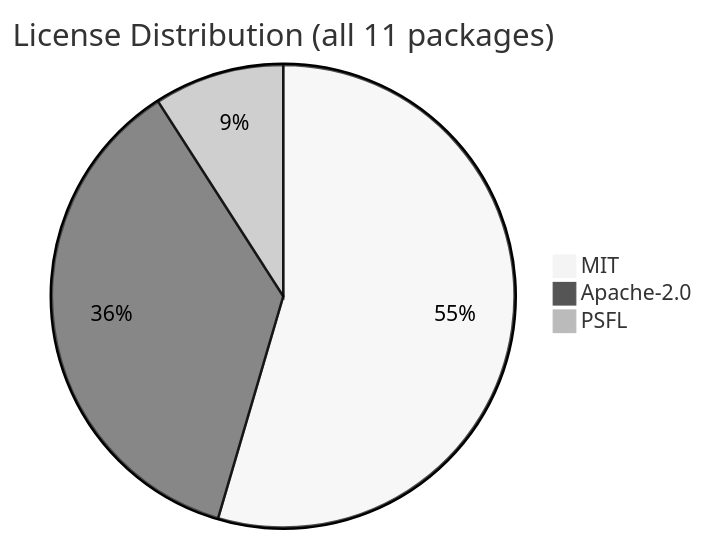
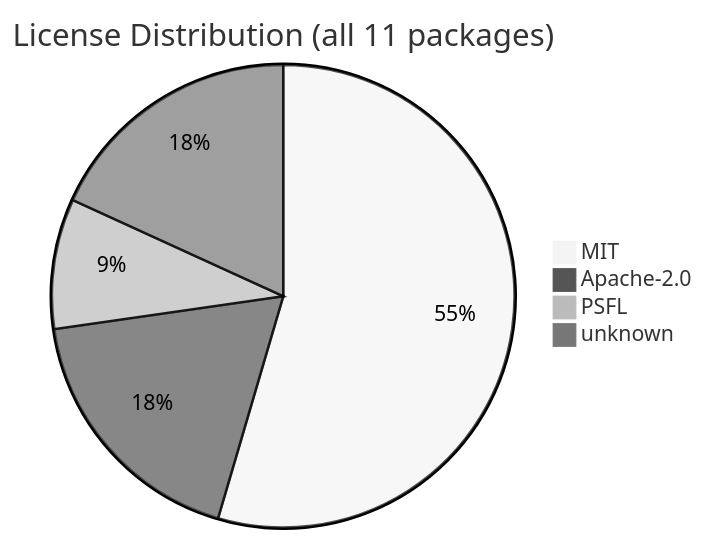
Before and after one commit to svenroth-ai/shipwright: the diagram in .shipwright/compliance/sbom.md, drawn with Mermaid (neutral theme). The commit also changed other lines of this file and 56 other files, not shown here.

First line of the commit message:
refactor(compliance): derive the traceability namespace from the FR id (schema 2 to 3) (#411)

````diff
--- a/.shipwright/compliance/sbom.md
+++ b/.shipwright/compliance/sbom.md
@@ -18,6 +18,7 @@
 ```mermaid
 pie title License Distribution (all 11 packages)
     "MIT" : 6
-    "Apache-2.0" : 4
+    "Apache-2.0" : 2
     "PSFL" : 1
+    "unknown" : 2
 ```
````
